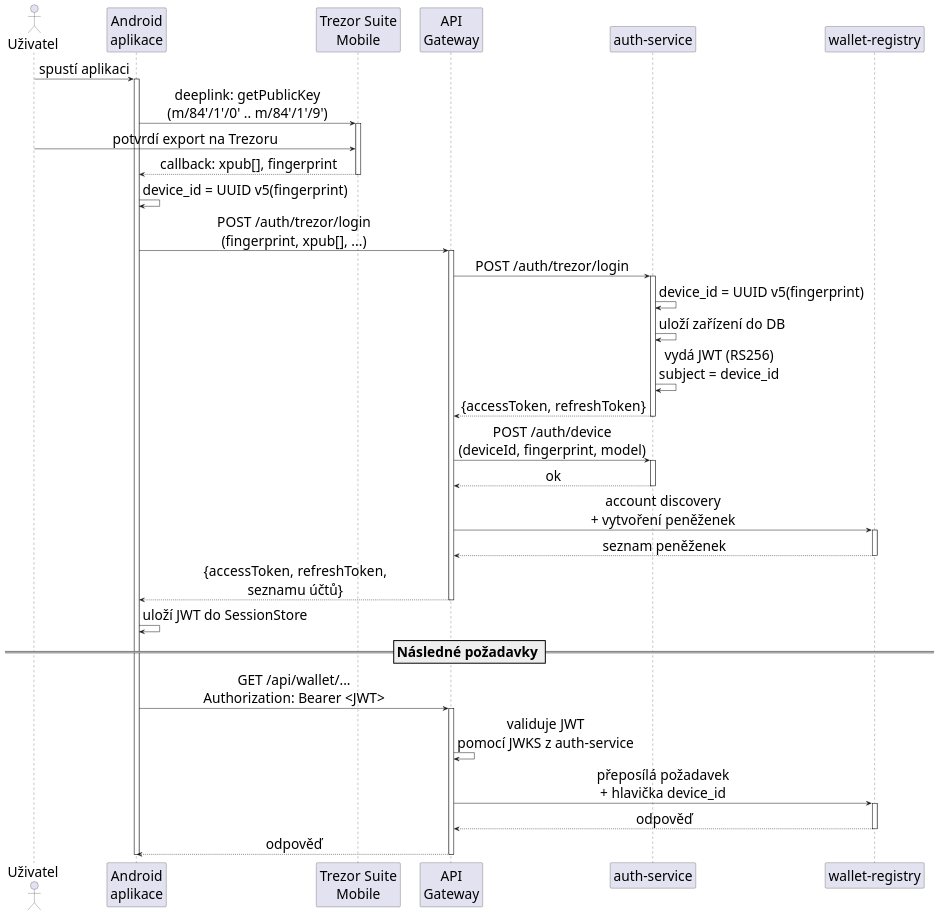
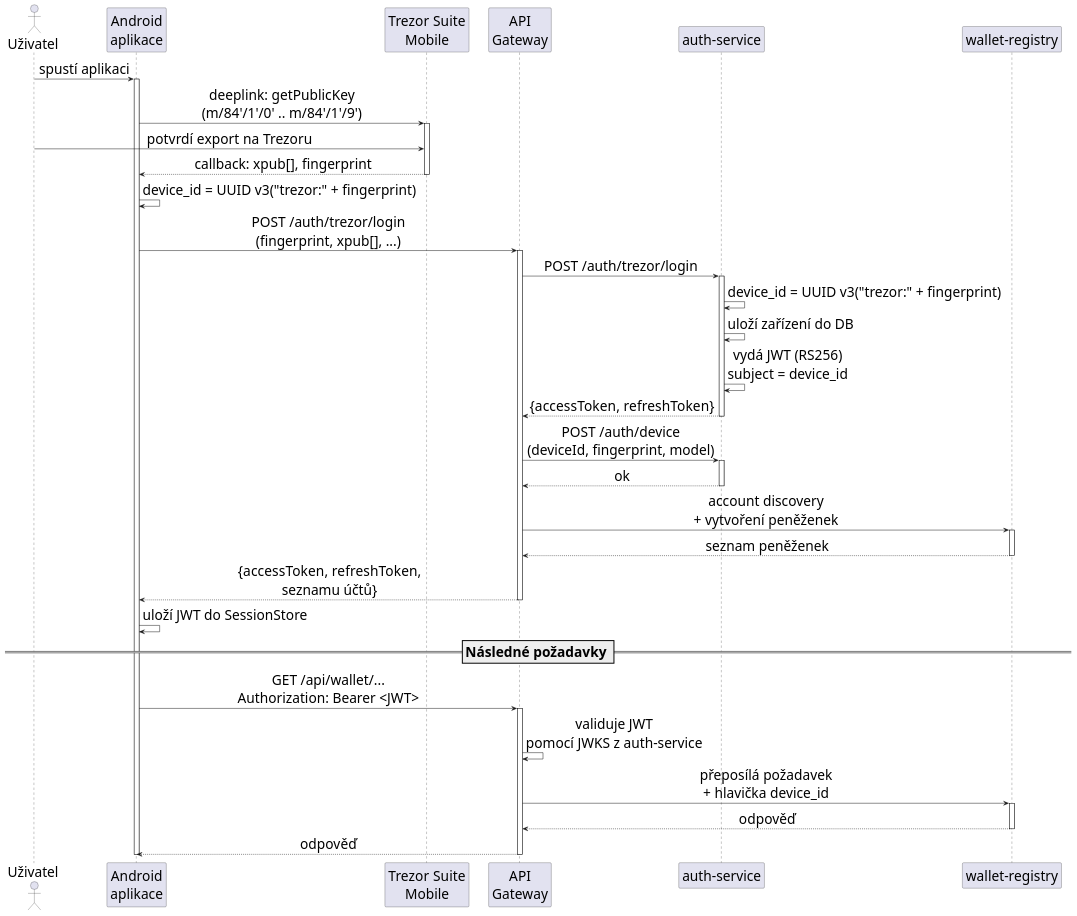
The diagram in DOCS/thesis/img/auth-flow.puml (Majny/bitcoin-multisig-wallet), drawn with PlantUML before and after one commit. The commit also changed 19 other files, not shown here.

Commit message:
[docs] refresh thesis diagram

```diff
--- a/DOCS/thesis/img/auth-flow.puml
+++ b/DOCS/thesis/img/auth-flow.puml
@@ -1,67 +1,67 @@
 @startuml
 skinparam backgroundColor white
 skinparam shadowing false
 skinparam defaultFontSize 28
 skinparam ParticipantPadding 15
 skinparam BoxPadding 10
 skinparam sequenceMessageAlign center
 
 actor "Uživatel" as user
 participant "Android\naplikace" as app
 participant "Trezor Suite\nMobile" as tsm
 participant "API\nGateway" as gw
 participant "auth-service" as auth
 participant "wallet-registry" as reg
 
 user -> app : spustí aplikaci
 activate app
 
 app -> tsm : deeplink: getPublicKey\n(m/84'/1'/0' .. m/84'/1'/9')
 activate tsm
 user -> tsm : potvrdí export na Trezoru
 tsm --> app : callback: xpub[], fingerprint
 deactivate tsm
 
-app -> app : device_id = UUID v5(fingerprint)
+app -> app : device_id = UUID v3("trezor:" + fingerprint)
 
 app -> gw : POST /auth/trezor/login\n(fingerprint, xpub[], ...)
 activate gw
 
 gw -> auth : POST /auth/trezor/login
 activate auth
-auth -> auth : device_id = UUID v5(fingerprint)
+auth -> auth : device_id = UUID v3("trezor:" + fingerprint)
 auth -> auth : uloží zařízení do DB
 auth -> auth : vydá JWT (RS256)\nsubject = device_id
 auth --> gw : {accessToken, refreshToken}
 deactivate auth
 
 gw -> auth : POST /auth/device\n(deviceId, fingerprint, model)
 activate auth
 auth --> gw : ok
 deactivate auth
 
 gw -> reg : account discovery\n+ vytvoření peněženek
 activate reg
 reg --> gw : seznam peněženek
 deactivate reg
 
 gw --> app : {accessToken, refreshToken,\nseznamu účtů}
 deactivate gw
 
 app -> app : uloží JWT do SessionStore
 
 == Následné požadavky ==
 
 app -> gw : GET /api/wallet/...\nAuthorization: Bearer <JWT>
 activate gw
 gw -> gw : validuje JWT\npomocí JWKS z auth-service
 gw -> reg : přeposílá požadavek\n+ hlavička device_id
 activate reg
 reg --> gw : odpověď
 deactivate reg
 gw --> app : odpověď
 deactivate gw
 
 deactivate app
 
 @enduml
```
